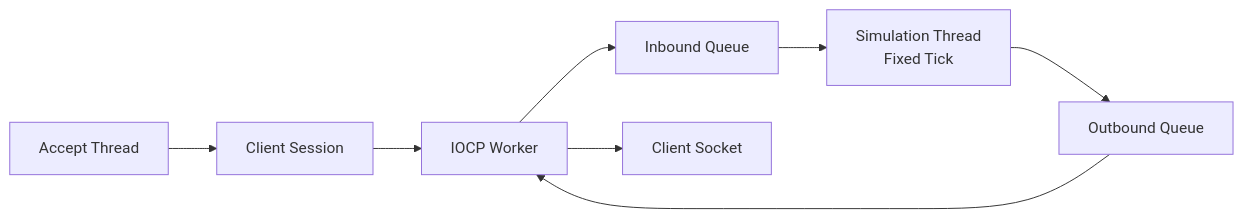
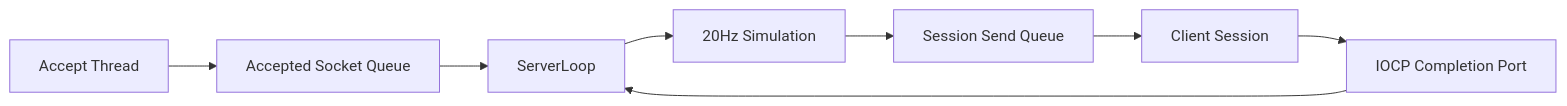
The third of 3 diagrams in docs/Z1_MULTIPLAYER_IOCP_PLAN.md (9kyo-hwang/ConsoleGameProject), drawn with Mermaid before and after one commit. The commit also changed other lines of this file, not shown here.

````diff
--- a/docs/Z1_MULTIPLAYER_IOCP_PLAN.md
+++ b/docs/Z1_MULTIPLAYER_IOCP_PLAN.md
@@ -287,10 +439,10 @@
 ```mermaid
 flowchart LR
-    Accept[Accept Thread] --> Session[Client Session]
-    Session --> IOCP[IOCP Worker]
-    IOCP --> Inbound[Inbound Queue]
-    Inbound --> Sim[Simulation Thread<br/>Fixed Tick]
-    Sim --> Outbound[Outbound Queue]
-    Outbound --> IOCP
-    IOCP --> Client[Client Socket]
+    Accept[Accept Thread] --> Accepted[Accepted Socket Queue]
+    Accepted --> Loop[ServerLoop]
+    Session[Client Session] --> IOCP[IOCP Completion Port]
+    IOCP --> Loop
+    Loop --> Sim[20Hz Simulation]
+    Sim --> Send[Session Send Queue]
+    Send --> Session
 ```
````
